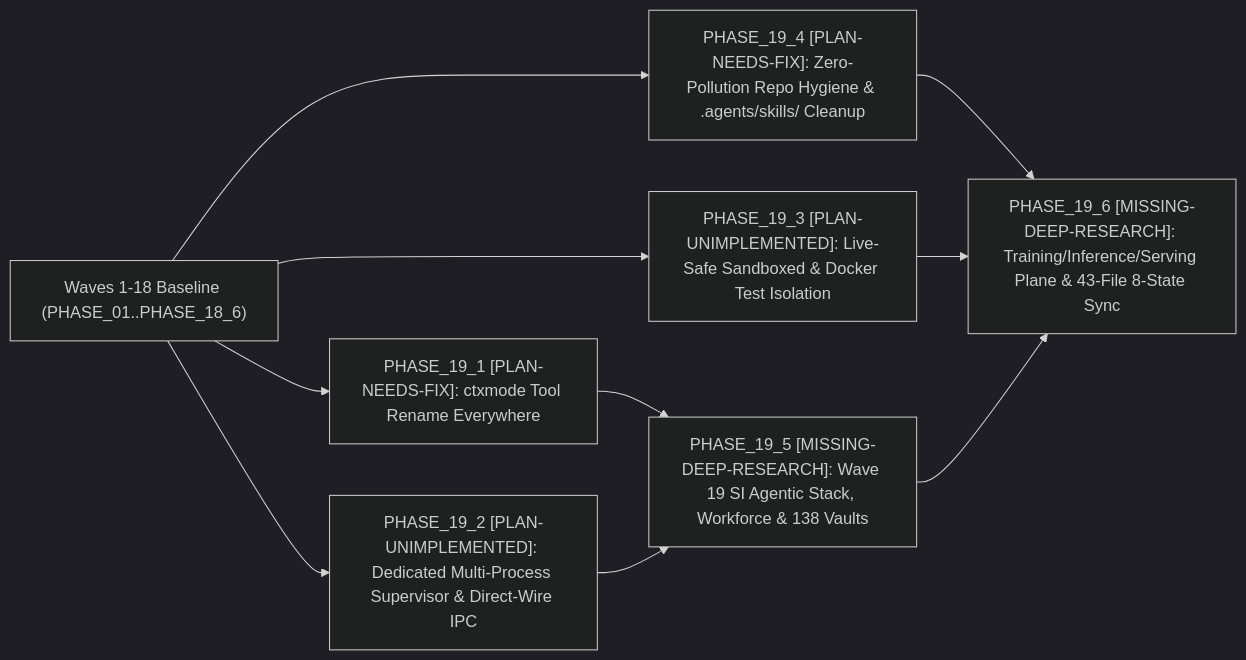
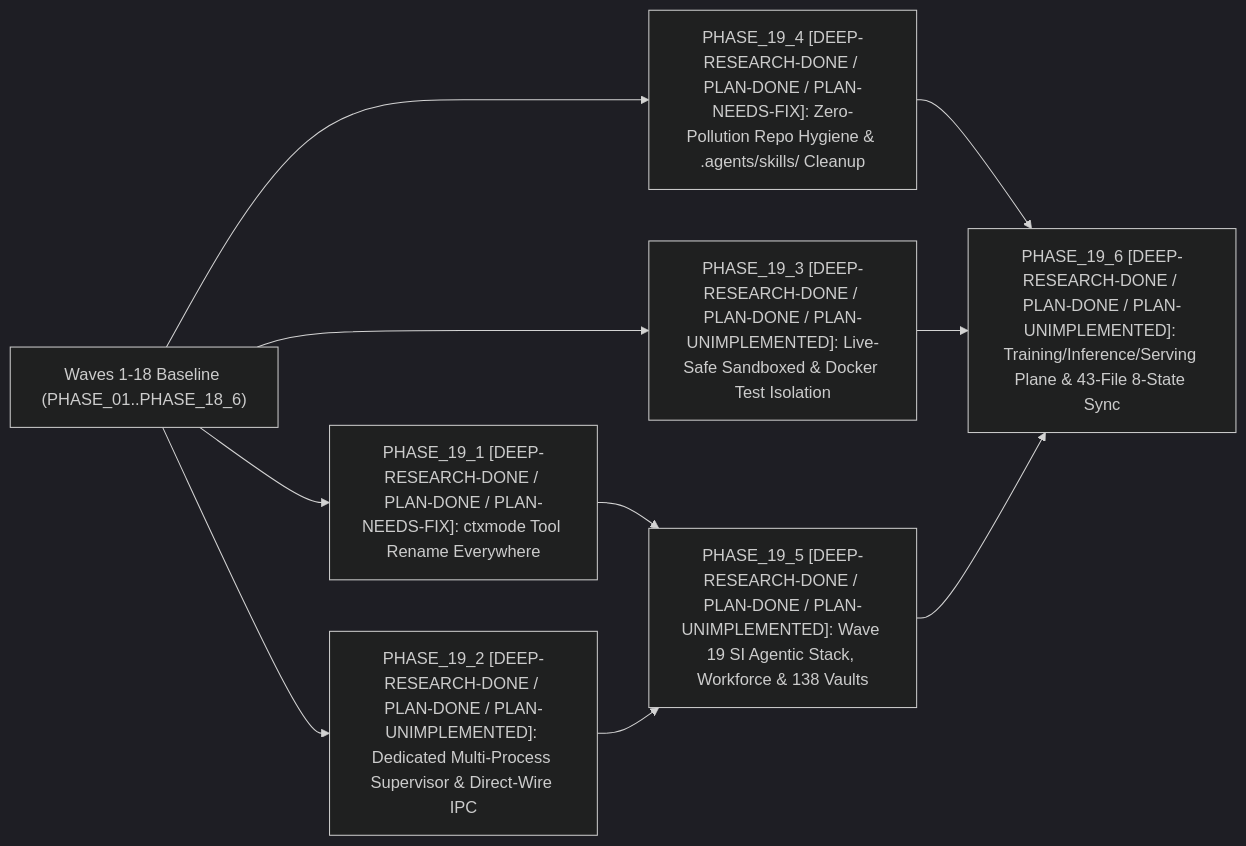
Before and after one commit to Navegos/neo: the third of 3 diagrams in crates/toksi/research/RESEARCHPLAN.md, drawn with Mermaid (dark theme). The commit also changed other lines of this file and 52 other files, not shown here.

````diff
--- a/crates/toksi/research/RESEARCHPLAN.md
+++ b/crates/toksi/research/RESEARCHPLAN.md
@@ -1912,12 +1912,12 @@
 ```mermaid
 flowchart LR
-    W18["Waves 1-18 Baseline (PHASE_01..PHASE_18_6)"] --> W19_1["PHASE_19_1 [PLAN-NEEDS-FIX]: ctxmode Tool Rename Everywhere"]
-    W18 --> W19_2["PHASE_19_2 [PLAN-UNIMPLEMENTED]: Dedicated Multi-Process Supervisor & Direct-Wire IPC"]
-    W18 --> W19_3["PHASE_19_3 [PLAN-UNIMPLEMENTED]: Live-Safe Sandboxed & Docker Test Isolation"]
-    W18 --> W19_4["PHASE_19_4 [PLAN-NEEDS-FIX]: Zero-Pollution Repo Hygiene & .agents/skills/ Cleanup"]
-    W19_1 --> W19_5["PHASE_19_5 [MISSING-DEEP-RESEARCH]: Wave 19 SI Agentic Stack, Workforce & 138 Vaults"]
+    W18["Waves 1-18 Baseline (PHASE_01..PHASE_18_6)"] --> W19_1["PHASE_19_1 [DEEP-RESEARCH-DONE / PLAN-DONE / PLAN-NEEDS-FIX]: ctxmode Tool Rename Everywhere"]
+    W18 --> W19_2["PHASE_19_2 [DEEP-RESEARCH-DONE / PLAN-DONE / PLAN-UNIMPLEMENTED]: Dedicated Multi-Process Supervisor & Direct-Wire IPC"]
+    W18 --> W19_3["PHASE_19_3 [DEEP-RESEARCH-DONE / PLAN-DONE / PLAN-UNIMPLEMENTED]: Live-Safe Sandboxed & Docker Test Isolation"]
+    W18 --> W19_4["PHASE_19_4 [DEEP-RESEARCH-DONE / PLAN-DONE / PLAN-NEEDS-FIX]: Zero-Pollution Repo Hygiene & .agents/skills/ Cleanup"]
+    W19_1 --> W19_5["PHASE_19_5 [DEEP-RESEARCH-DONE / PLAN-DONE / PLAN-UNIMPLEMENTED]: Wave 19 SI Agentic Stack, Workforce & 138 Vaults"]
     W19_2 --> W19_5
-    W19_4 --> W19_6["PHASE_19_6 [MISSING-DEEP-RESEARCH]: Training/Inference/Serving Plane & 43-File 8-State Sync"]
+    W19_4 --> W19_6["PHASE_19_6 [DEEP-RESEARCH-DONE / PLAN-DONE / PLAN-UNIMPLEMENTED]: Training/Inference/Serving Plane & 43-File 8-State Sync"]
     W19_3 --> W19_6
     W19_5 --> W19_6
 ```
````
